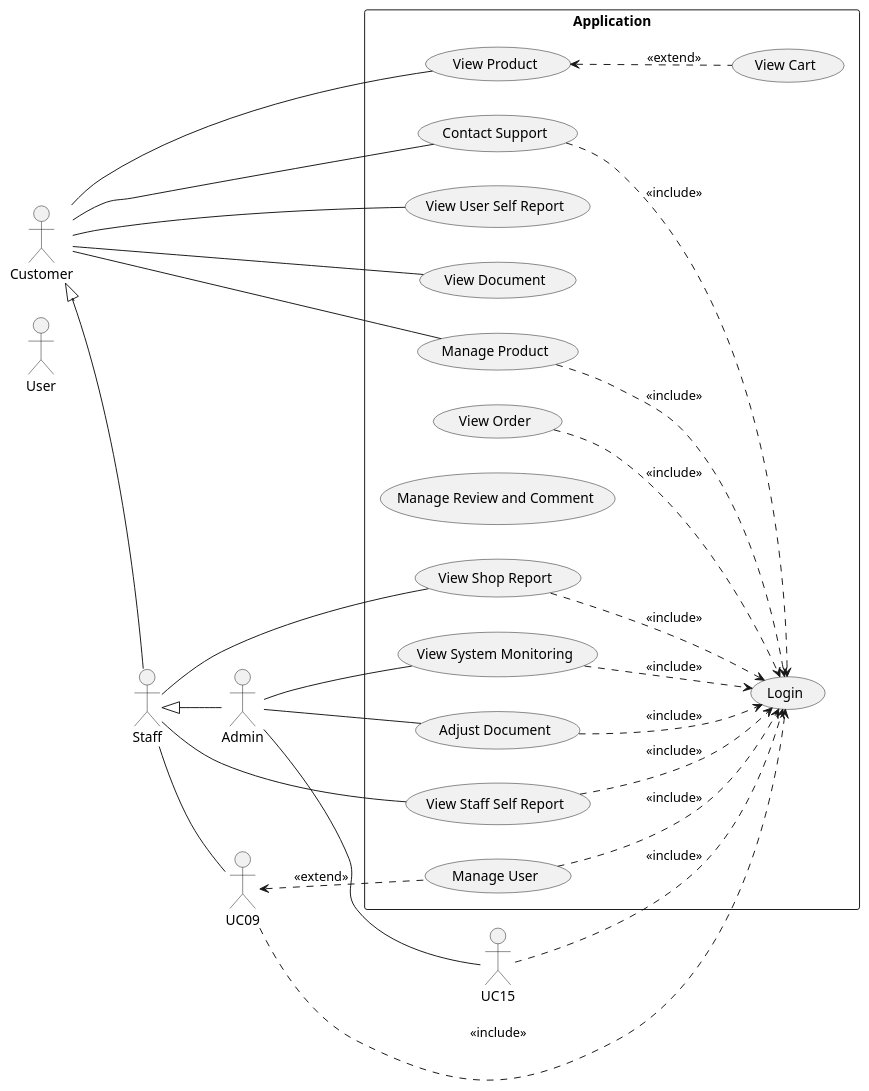
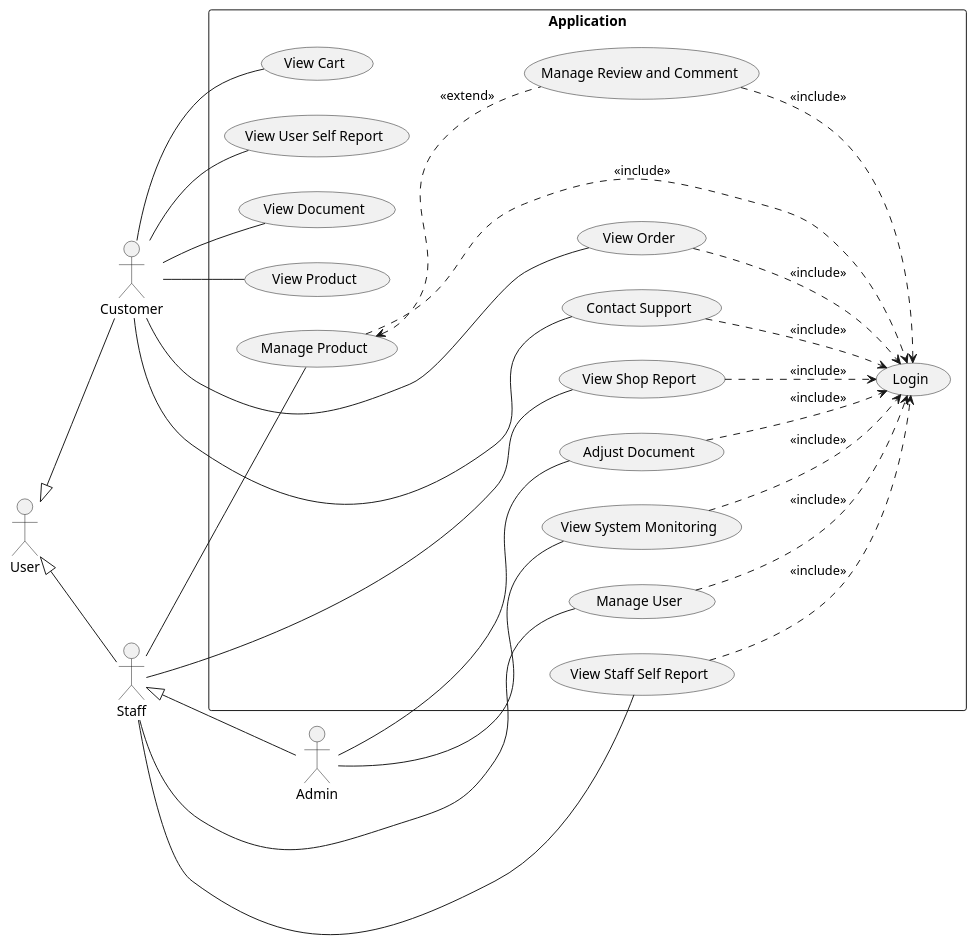
One commit to electricilies/electricilies.github.io changed the first of 2 diagrams in docs/docs/usecase/user.md. Above: the diagram before and after it, drawn with PlantUML. The commit also changed 1 other file, not shown here.

Commit message:
fix(usecase): staff and user g<C-a>

````diff
--- a/docs/docs/usecase/user.md
+++ b/docs/docs/usecase/user.md
@@ -5,56 +5,56 @@
 ```plantuml
 @startuml
 left to right direction
 actor User
 actor Customer
 actor Staff
 actor Admin
 
-Customer <|-- Staff
+User <|-- Customer
+User <|-- Staff
 Staff <|-- Admin
 
 rectangle "Application" {
   usecase UC01 as "Login"
   usecase UC02 as "View Product"
   usecase UC03 as "View Cart"
   usecase UC04 as "View Order"
   usecase UC05 as "Contact Support"
   usecase UC06 as "View User Self Report"
   usecase UC07 as "View Document"
   usecase UC08 as "Manage Product"
-  usecase UC9 as "Manage Review and Comment"
+  usecase UC09 as "Manage Review and Comment"
   usecase UC10 as "Manage User"
   usecase UC11 as "View Staff Self Report"
   usecase UC12 as "View Shop Report"
   usecase UC13 as "View System Monitoring"
   usecase UC14 as "Adjust Document"
 }
 
 Customer -- UC02
+Customer -- UC03
+Customer -- UC04
 Customer -- UC05
 Customer -- UC06
 Customer -- UC07
-Customer -- UC08
-Staff -- UC09
+Staff -- UC08
+Staff -- UC10
 Staff -- UC11
 Staff -- UC12
 Admin -- UC13
 Admin -- UC14
-Admin -- UC15
 
-UC02 <.. UC03 : <<extend>>
-UC09 <.. UC10 : <<extend>>
+UC08 <.. UC09 : <<extend>>
 
 UC04 ..> UC01 : <<include>>
 UC05 ..> UC01 : <<include>>
 UC08 ..> UC01 : <<include>>
 UC09 ..> UC01 : <<include>>
 UC10 ..> UC01 : <<include>>
 UC11 ..> UC01 : <<include>>
 UC12 ..> UC01 : <<include>>
 UC13 ..> UC01 : <<include>>
 UC14 ..> UC01 : <<include>>
-UC15 ..> UC01 : <<include>>
 
 @enduml
 ```
````
